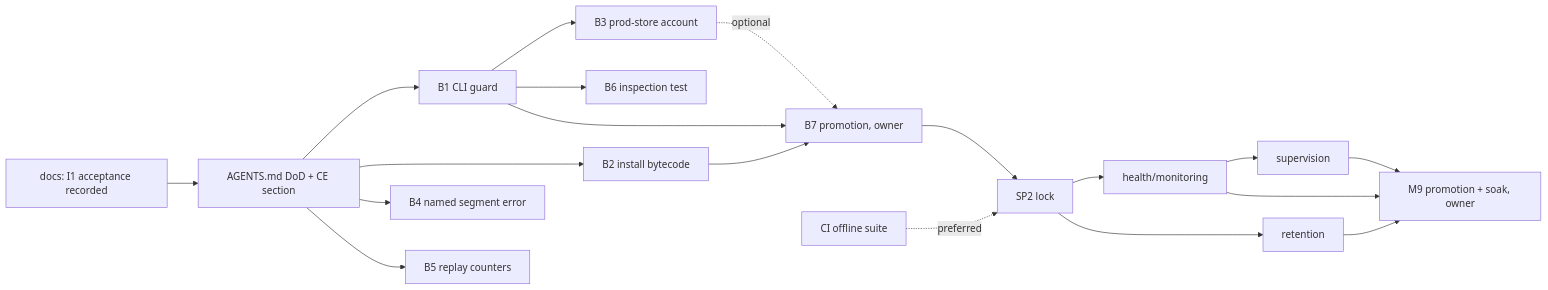
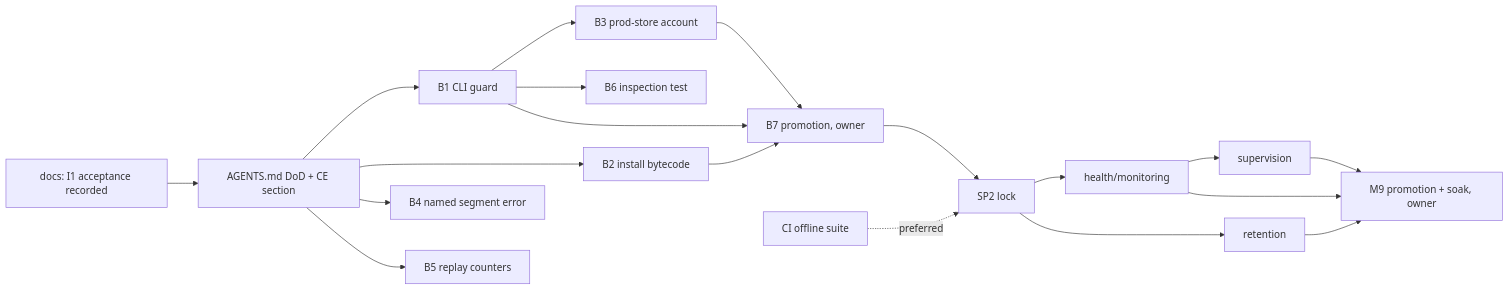
One commit to riteshspisha/brand-abuse-sentinel changed the diagram in docs/plans/2026-11-09-001-post-i1-engineering-backlog.md. Above: the diagram before and after it, drawn with Mermaid. The commit also changed other lines of this file and 3 other files, not shown here.

````diff
--- a/docs/plans/2026-11-09-001-post-i1-engineering-backlog.md
+++ b/docs/plans/2026-11-09-001-post-i1-engineering-backlog.md
@@ -212,18 +212,18 @@
 ```mermaid
 flowchart LR
   D0[docs: I1 acceptance recorded] --> D1[AGENTS.md DoD + CE section]
   D1 --> B1[B1 CLI guard]
   D1 --> B2[B2 install bytecode]
   B1 --> B3[B3 prod-store account]
   B1 --> B6[B6 inspection test]
   D1 --> B4[B4 named segment error]
   D1 --> B5[B5 replay counters]
   B1 & B2 --> B7[B7 promotion, owner]
-  B3 -.optional.-> B7
+  B3 --> B7
   B7 --> B11[SP2 lock]
   B15[CI offline suite] -.preferred.-> B11
   B11 --> B12[health/monitoring]
   B11 --> B13[retention]
   B12 --> B14[supervision]
   B12 & B13 & B14 --> B16[M9 promotion + soak, owner]
 ```
````
